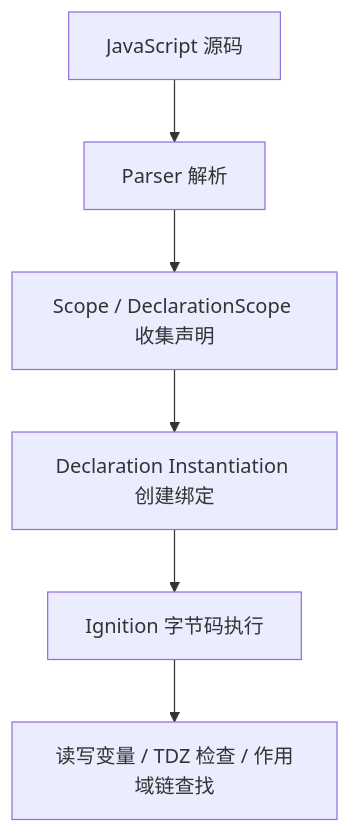
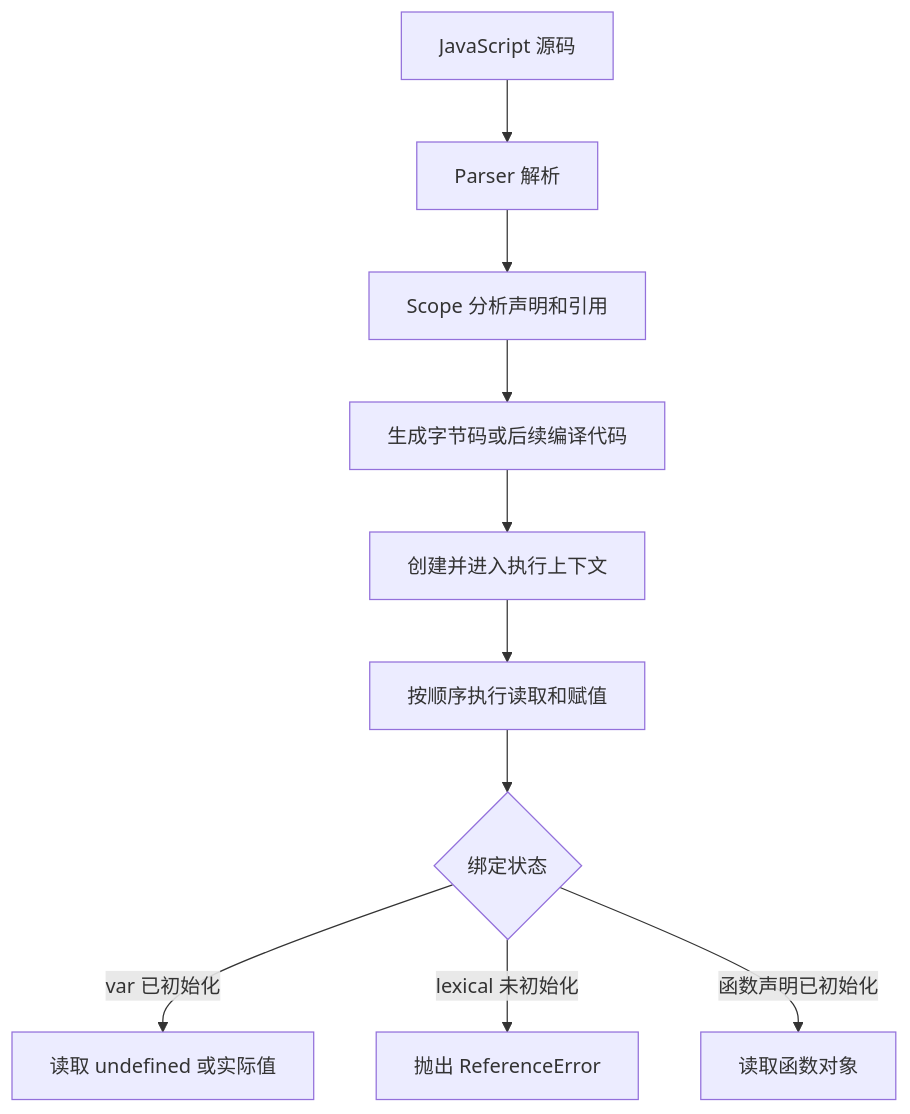
One commit to zhihui-hu/zhihui-hu changed the diagram in posts/变量提升不是玄学：从业务里的 undefined 讲到 V8 执行上下文.md. Above: the diagram before and after it, drawn with Mermaid. The commit also changed other lines of this file and 1 other file, not shown here.

````diff
--- a/posts/变量提升不是玄学：从业务里的 undefined 讲到 V8 执行上下文.md
+++ b/posts/变量提升不是玄学：从业务里的 undefined 讲到 V8 执行上下文.md
@@ -681,8 +497,12 @@
 ```mermaid
 flowchart TD
-  A["JavaScript 源码"] --> B["Parser 解析"]
-  B --> C["Scope / DeclarationScope 收集声明"]
-  C --> D["Declaration Instantiation 创建绑定"]
-  D --> E["Ignition 字节码执行"]
-  E --> F["读写变量 / TDZ 检查 / 作用域链查找"]
+  A[JavaScript 源码] --> B[Parser 解析]
+  B --> C[Scope 分析声明和引用]
+  C --> D[生成字节码或后续编译代码]
+  D --> E[创建并进入执行上下文]
+  E --> F[按顺序执行读取和赋值]
+  F --> G{绑定状态}
+  G -->|var 已初始化| H[读取 undefined 或实际值]
+  G -->|lexical 未初始化| I[抛出 ReferenceError]
+  G -->|函数声明已初始化| J[读取函数对象]
 ```
````
